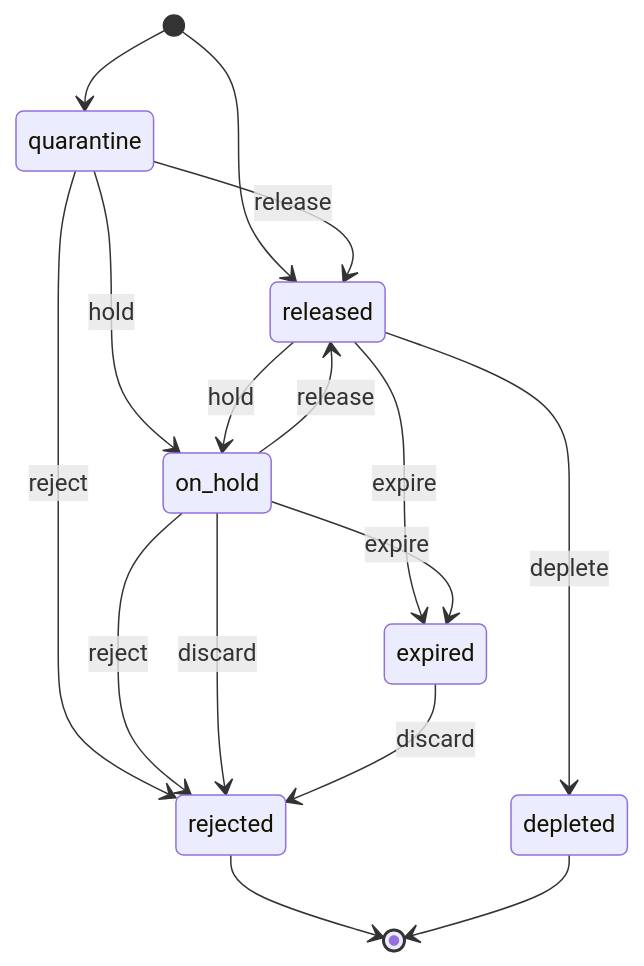
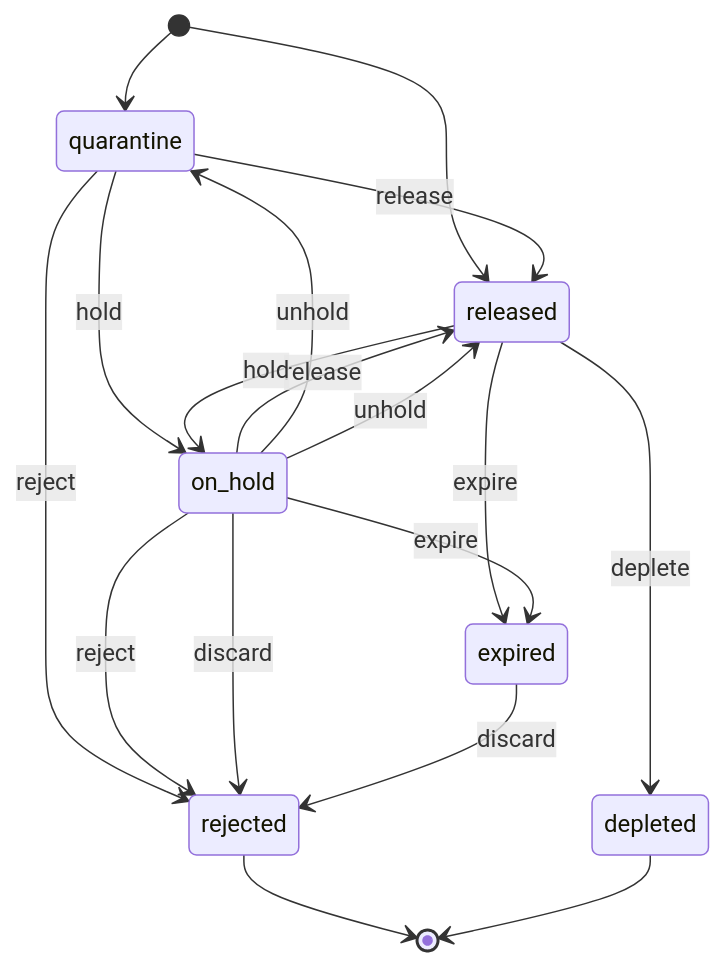
One commit to renox-rs/white-label changed the seventh of 13 diagrams in docs/modules/wl-inventory.md. Above: the diagram before and after it, drawn with Mermaid. The commit also changed other lines of this file and 53 other files, not shown here.

First line of the commit message:
Add negative-flow backlog and SME problem map

````diff
--- a/docs/modules/wl-inventory.md
+++ b/docs/modules/wl-inventory.md
@@ -382,18 +413,20 @@
 ```mermaid
 stateDiagram-v2
   [*] --> quarantine
   [*] --> released
   quarantine --> released: release
   on_hold --> released: release
   quarantine --> on_hold: hold
   released --> on_hold: hold
   released --> expired: expire
   on_hold --> expired: expire
+  on_hold --> quarantine: unhold
+  on_hold --> released: unhold
   quarantine --> rejected: reject
   on_hold --> rejected: reject
   on_hold --> rejected: discard
   expired --> rejected: discard
   released --> depleted: deplete
   rejected --> [*]
   depleted --> [*]
 ```
````
